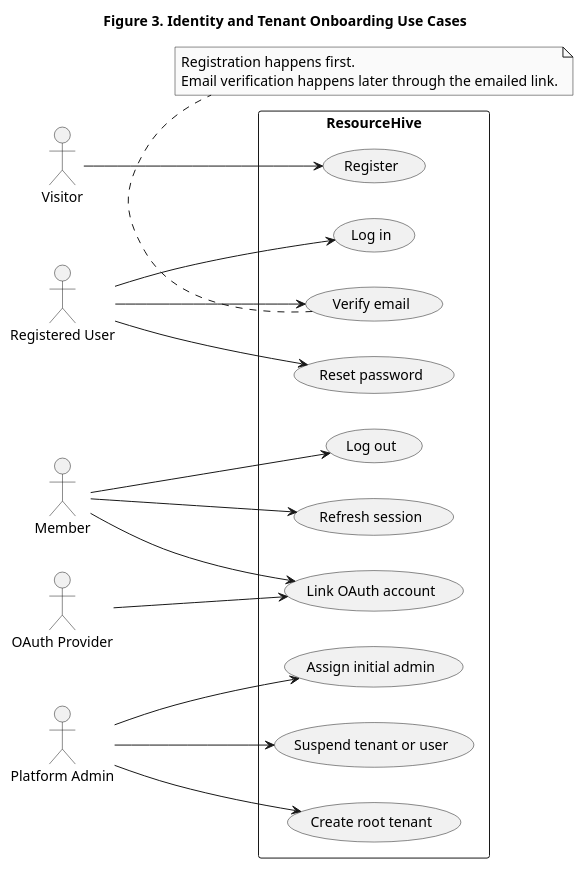
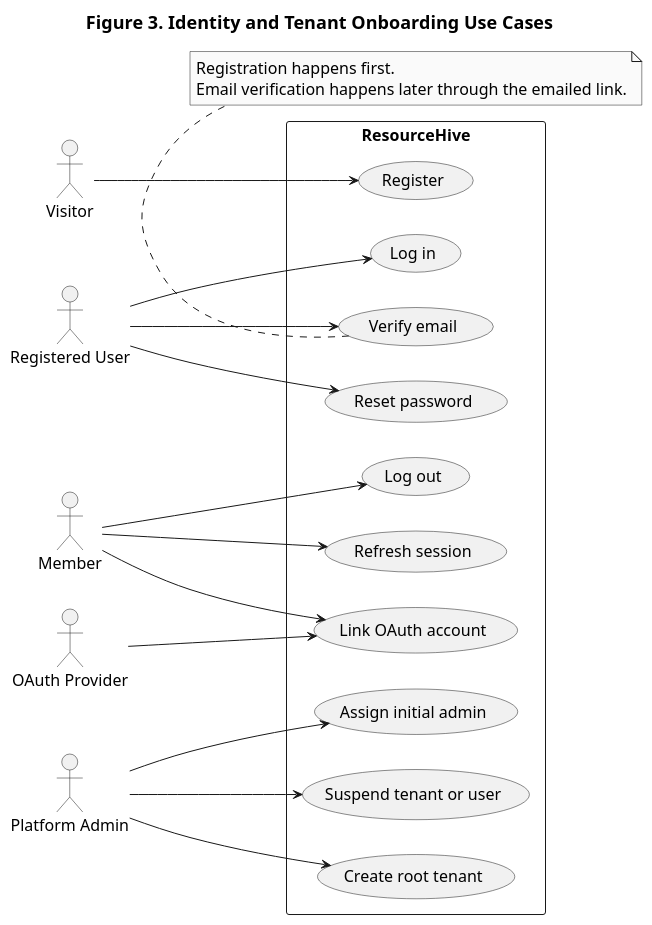
The diagram in design-diagrams-2-plantuml/C/03-identity-use-cases.puml (resourcehive-team/resourcehive), drawn with PlantUML before and after one commit. The commit also changed 39 other files, not shown here.

Commit message:
regenerate images to match architecture and adjust image size

```diff
--- a/design-diagrams-2-plantuml/C/03-identity-use-cases.puml
+++ b/design-diagrams-2-plantuml/C/03-identity-use-cases.puml
@@ -1,45 +1,47 @@
 @startuml
 title Figure 3. Identity and Tenant Onboarding Use Cases
 left to right direction
 
 skinparam monochrome true
 skinparam backgroundColor white
 skinparam defaultFontName Arial
-skinparam defaultFontSize 14
+skinparam defaultFontSize 16
+skinparam ArrowFontSize 14
+skinparam TitleFontSize 18
 
 actor Visitor
 actor "Registered User" as User
 actor Member
 actor "Platform Admin" as Admin
 actor "OAuth Provider" as OAuth
 
 rectangle ResourceHive {
   usecase "Register" as Register
   usecase "Verify email" as Verify
   usecase "Log in" as Login
   usecase "Reset password" as Reset
   usecase "Refresh session" as Refresh
   usecase "Log out" as Logout
   usecase "Link OAuth account" as LinkOAuth
   usecase "Create root tenant" as CreateTenant
   usecase "Assign initial admin" as AssignAdmin
   usecase "Suspend tenant or user" as Suspend
 }
 
 Visitor --> Register
 User --> Verify
 User --> Login
 User --> Reset
 Member --> Refresh
 Member --> Logout
 Member --> LinkOAuth
 OAuth --> LinkOAuth
 Admin --> CreateTenant
 Admin --> AssignAdmin
 Admin --> Suspend
 
 note bottom of Verify
 Registration happens first.
 Email verification happens later through the emailed link.
 end note
 @enduml
```
